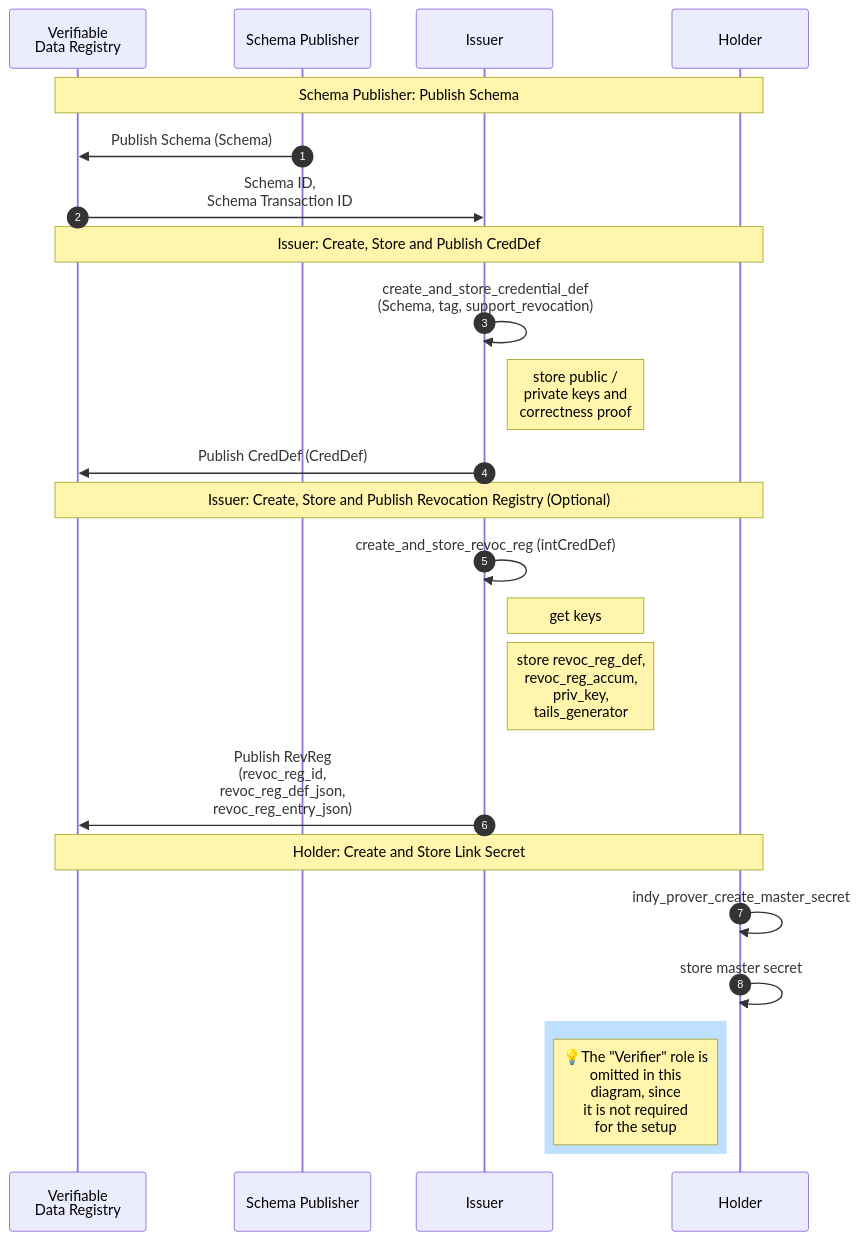
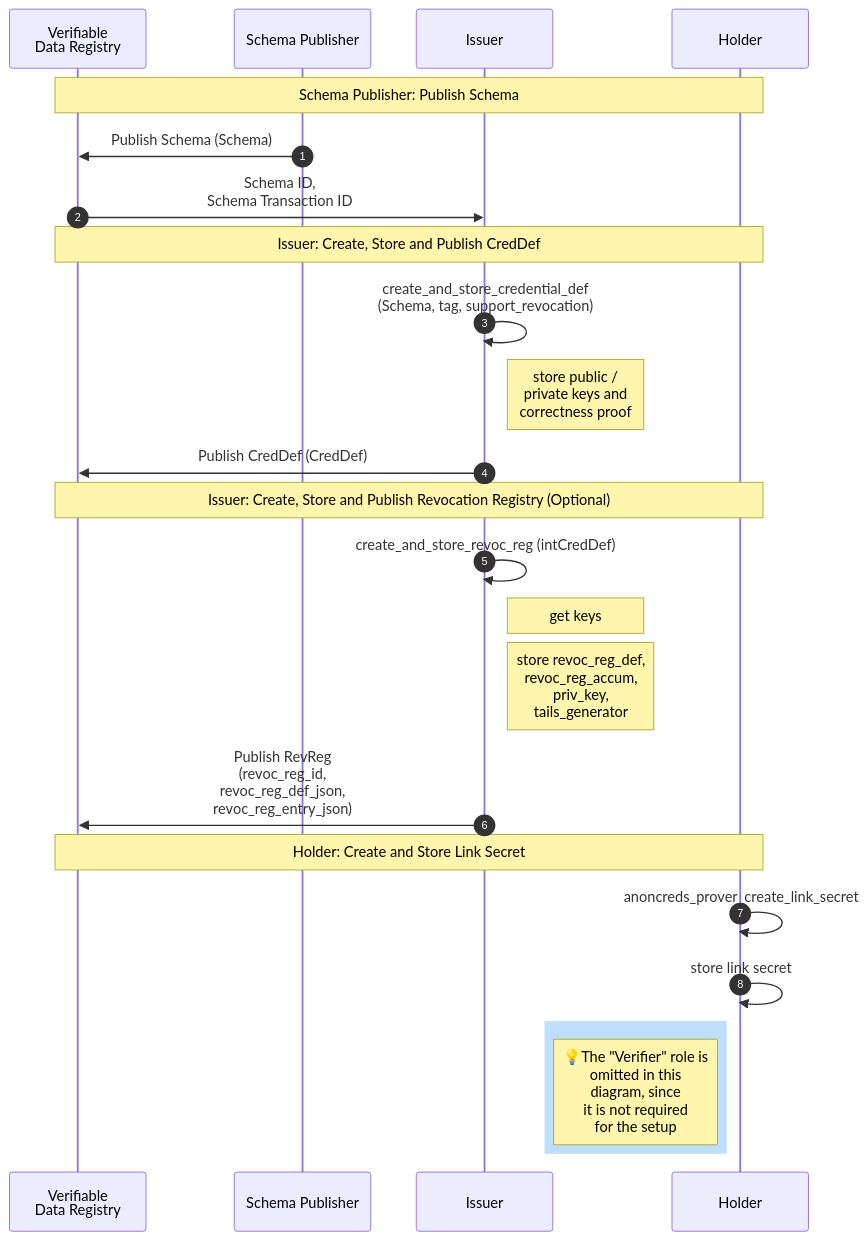
The diagram in spec/data_flow_setup.md (hyperledger/anoncreds-spec), drawn with Mermaid before and after one commit. The commit also changed other lines of this file and 10 other files, not shown here.

````diff
--- a/spec/data_flow_setup.md
+++ b/spec/data_flow_setup.md
@@ -5,34 +5,34 @@
 ```mermaid
 sequenceDiagram
     autonumber
     participant L as Verifiable<br>Data Registry
     participant SP as Schema Publisher
     participant I as Issuer
-    participant H as Holder   
-    
+    participant H as Holder
+
     Note over L, H: Schema Publisher: Publish Schema
-    
+
     SP ->> L: Publish Schema (Schema)
     L ->> I: Schema ID,<br>Schema Transaction ID
-        
+
     Note over L, H: Issuer: Create, Store and Publish CredDef
-   
+
     I ->> I: create_and_store_credential_def<br>(Schema, tag, support_revocation)
-    Note right of I:   store public / <br> private keys and<br>correctness proof    
+    Note right of I:   store public / <br> private keys and<br>correctness proof
     I ->> L: Publish CredDef (CredDef)
 
     Note over L, H: Issuer: Create, Store and Publish Revocation Registry (Optional)
-    
+
     I ->> I: create_and_store_revoc_reg (intCredDef)
     Note right of I: get keys
     Note right of I: store revoc_reg_def,<br>revoc_reg_accum,<br>priv_key,<br>tails_generator
     I ->> L: Publish RevReg <br>(revoc_reg_id,<br>revoc_reg_def_json,<br>revoc_reg_entry_json)
-    
+
     Note over L, H: Holder: Create and Store Link Secret
-    
-    H ->> H: indy_prover_create_master_secret
-    H ->> H: store master secret
+
+    H ->> H: anoncreds_prover_create_link_secret
+    H ->> H: store link secret
     rect rgb(191, 223, 255)
       Note left of H: 💡The "Verifier" role is<br>omitted in this<br>diagram, since<br>it is not required<br>for the setup
     end
 ```
````
